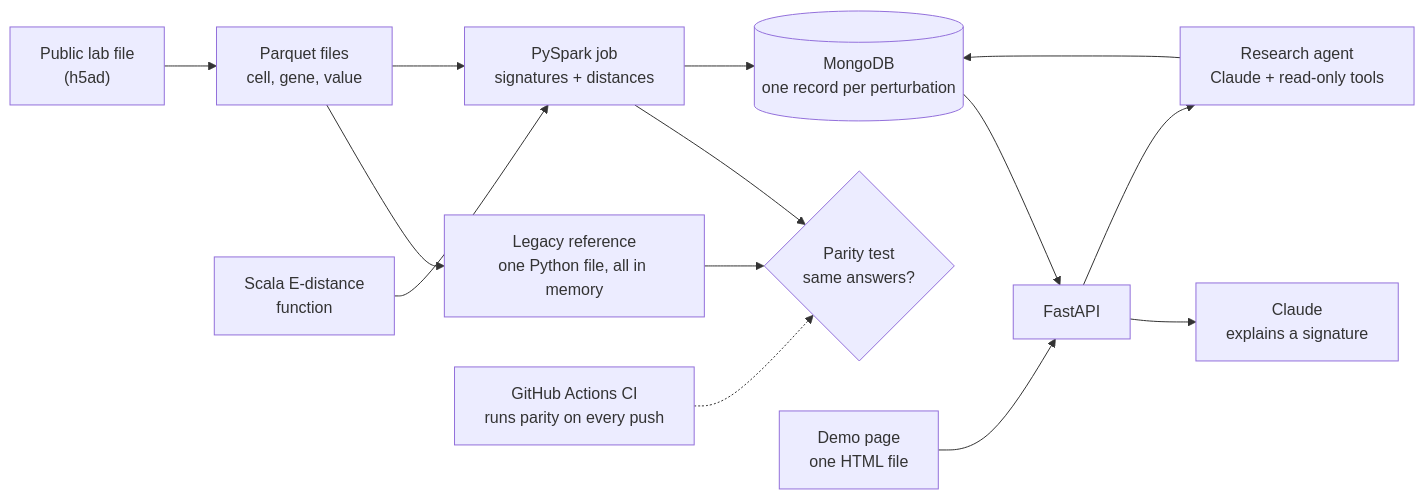
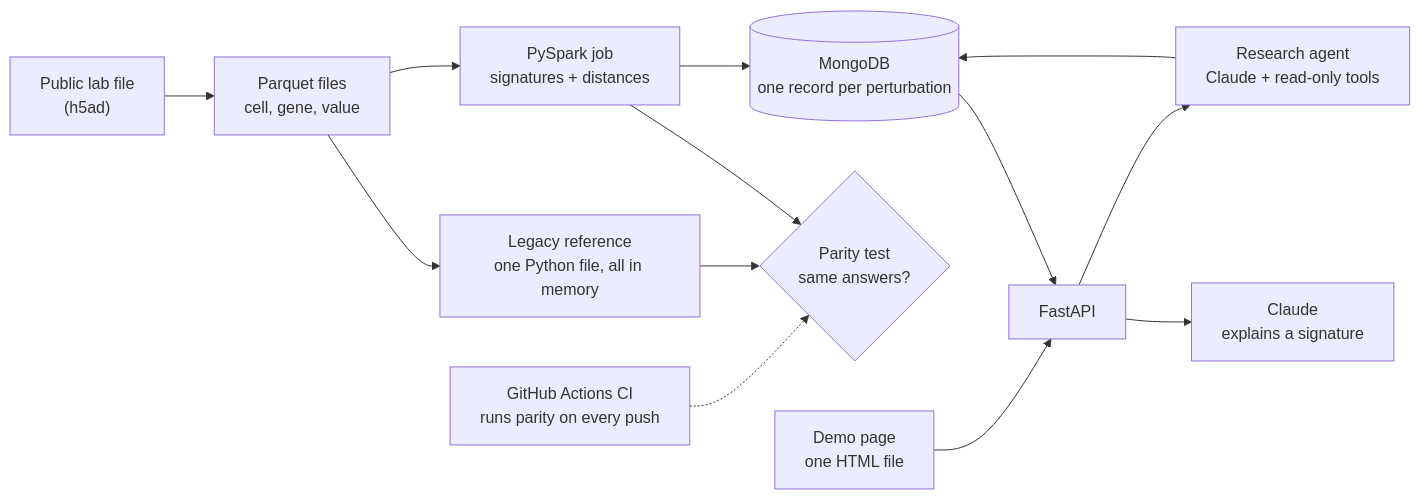
Before and after one commit to QuanDev2/miniXell: the diagram in README.md, drawn with Mermaid. The commit also changed other lines of this file and 5 other files, not shown here.

Commit message:
Add E-distance parity tests (both ways); close Phase 4, Scala deferred

````diff
--- a/README.md
+++ b/README.md
@@ -38,16 +38,15 @@
 ```mermaid
 flowchart LR
   RAW["Public lab file<br/>(h5ad)"] --> PQ["Parquet files<br/>cell, gene, value"]
   PQ --> LEG["Legacy reference<br/>one Python file, all in memory"]
   PQ --> SPK["PySpark job<br/>signatures + distances"]
-  SCALA["Scala E-distance<br/>function"] --> SPK
   LEG --> PAR{"Parity test<br/>same answers?"}
   SPK --> PAR
   SPK --> MDB[("MongoDB<br/>one record per perturbation")]
   MDB --> API["FastAPI"]
   WEB["Demo page<br/>one HTML file"] --> API
   API --> CL["Claude<br/>explains a signature"]
   API --> AG["Research agent<br/>Claude + read-only tools"]
   AG --> MDB
   CI["GitHub Actions CI<br/>runs parity on every push"] -.-> PAR
 ```
````
